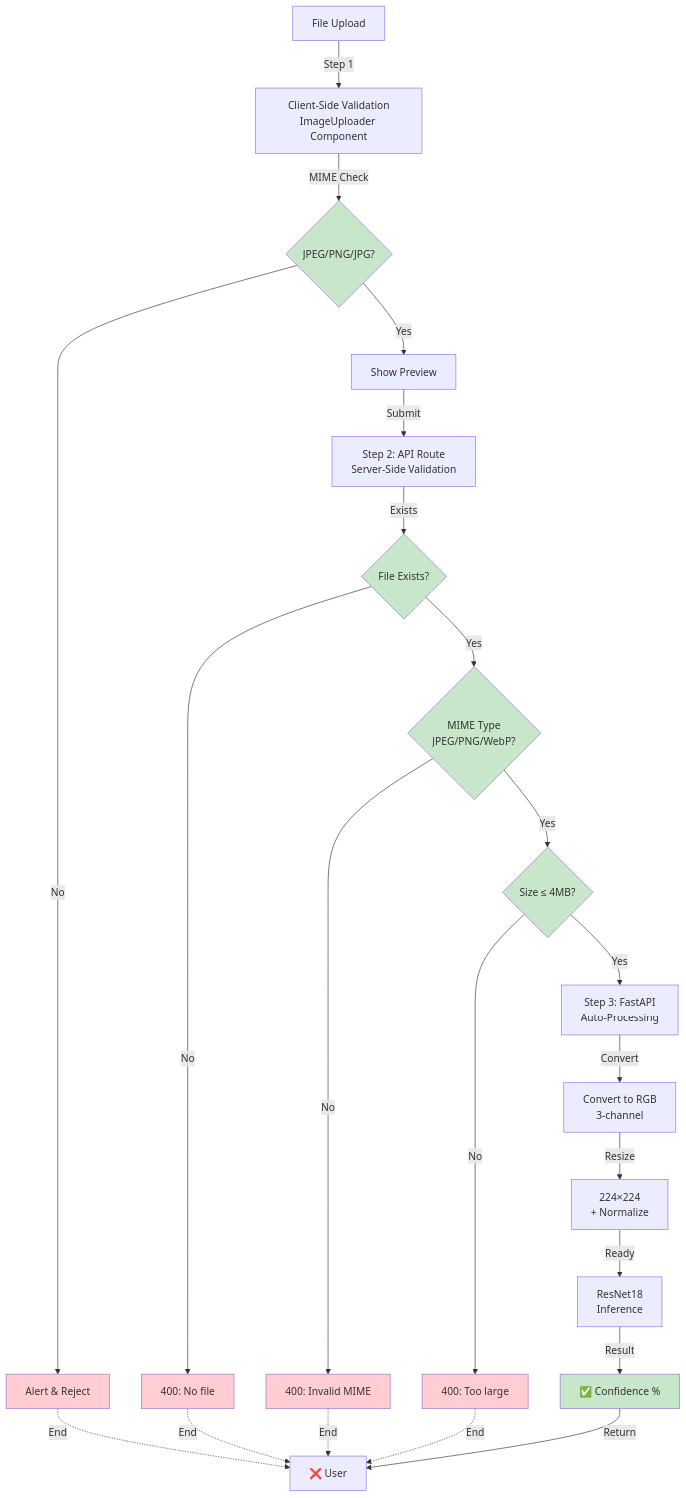
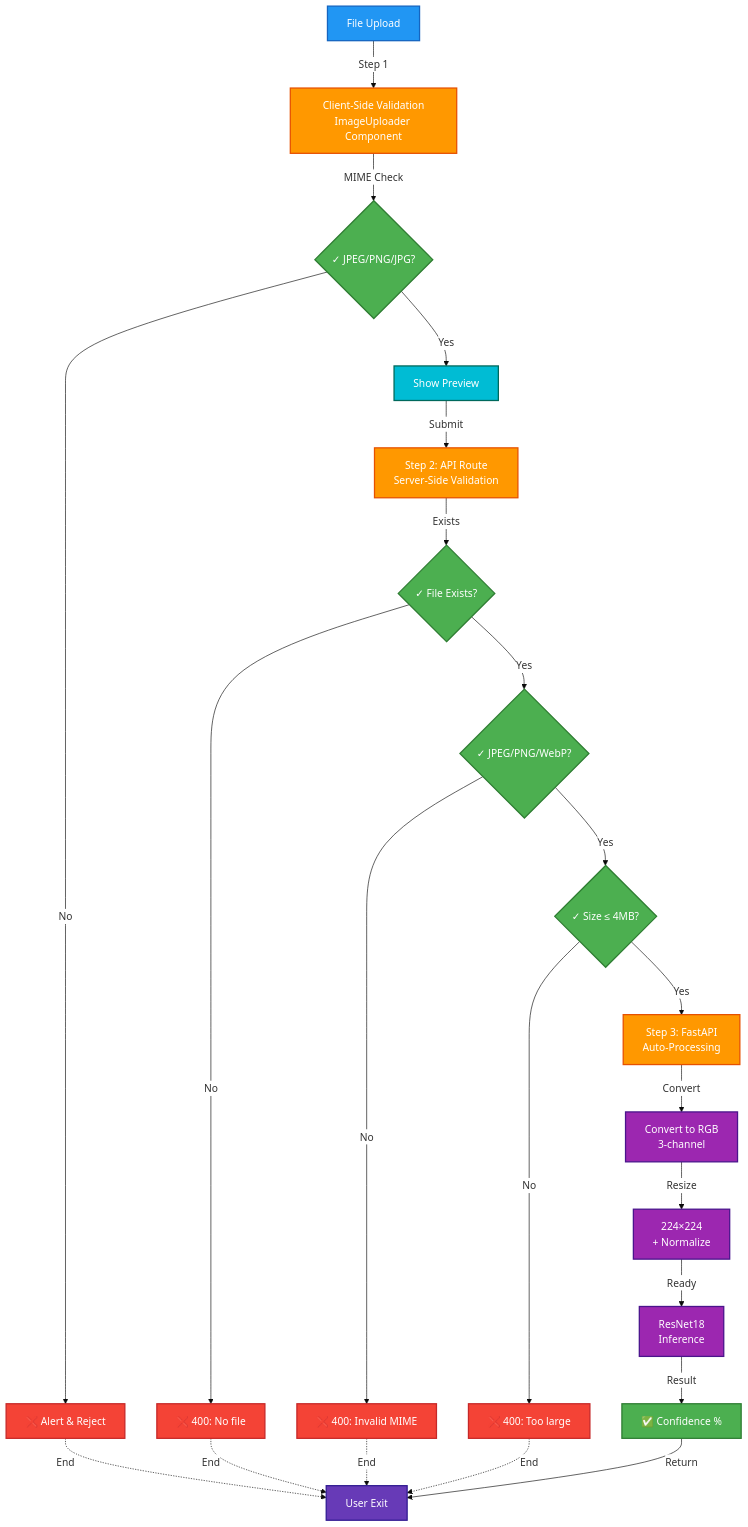
One commit to itssmdsh/MediScan changed the fifth of 9 diagrams in DOCUMENTATION.md. Above: the diagram before and after it, drawn with Mermaid. The commit also changed other lines of this file, not shown here.

````diff
--- a/DOCUMENTATION.md
+++ b/DOCUMENTATION.md
@@ -373,41 +373,50 @@
 ```mermaid
+%%{init: {'theme': 'base', 'themeVariables': { 'primaryColor': '#fff', 'primaryBorderColor': '#000'}}}%%
 graph TD
     Upload["File Upload"] -->|Step 1| LocalValidate["Client-Side Validation<br/>ImageUploader Component"]
-    LocalValidate -->|MIME Check| AllowedMIME1{"JPEG/PNG/JPG?"}
+    LocalValidate -->|MIME Check| AllowedMIME1{"✓ JPEG/PNG/JPG?"}
     AllowedMIME1 -->|Yes| Preview["Show Preview"]
-    AllowedMIME1 -->|No| Reject1["Alert & Reject"]
+    AllowedMIME1 -->|No| Reject1["❌ Alert & Reject"]
     
     Preview -->|Submit| Step2["Step 2: API Route<br/>Server-Side Validation"]
-    Reject1 -.->|End| User["❌ User"]
+    Reject1 -.->|End| User["User Exit"]
     
-    Step2 -->|Exists| FileCheck{"File Exists?"}
-    FileCheck -->|No| Reject2["400: No file"]
+    Step2 -->|Exists| FileCheck{"✓ File Exists?"}
+    FileCheck -->|No| Reject2["❌ 400: No file"]
     
-    FileCheck -->|Yes| MIMECheck{"MIME Type<br/>JPEG/PNG/WebP?"}
-    MIMECheck -->|No| Reject3["400: Invalid MIME"]
+    FileCheck -->|Yes| MIMECheck{"✓ JPEG/PNG/WebP?"}
+    MIMECheck -->|No| Reject3["❌ 400: Invalid MIME"]
     
-    MIMECheck -->|Yes| SizeCheck{"Size ≤ 4MB?"}
-    SizeCheck -->|No| Reject4["400: Too large"]
+    MIMECheck -->|Yes| SizeCheck{"✓ Size ≤ 4MB?"}
+    SizeCheck -->|No| Reject4["❌ 400: Too large"]
     
     SizeCheck -->|Yes| Step3["Step 3: FastAPI<br/>Auto-Processing"]
     Reject2 -.->|End| User
     Reject3 -.->|End| User
     Reject4 -.->|End| User
     
     Step3 -->|Convert| RGB["Convert to RGB<br/>3-channel"]
     RGB -->|Resize| Normalize["224×224<br/>+ Normalize"]
     Normalize -->|Ready| Model["ResNet18<br/>Inference"]
     Model -->|Result| Success["✅ Confidence %"]
     Success -->|Return| User
     
-    style AllowedMIME1 fill:#c8e6c9
-    style FileCheck fill:#c8e6c9
-    style MIMECheck fill:#c8e6c9
-    style SizeCheck fill:#c8e6c9
-    style Reject1 fill:#ffcdd2
-    style Reject2 fill:#ffcdd2
-    style Reject3 fill:#ffcdd2
-    style Reject4 fill:#ffcdd2
-    style Reject4 fill:#ffcdd2
-    style Success fill:#c8e6c9
+    style AllowedMIME1 fill:#4caf50,stroke:#2e7d32,stroke-width:2px,color:#fff
+    style FileCheck fill:#4caf50,stroke:#2e7d32,stroke-width:2px,color:#fff
+    style MIMECheck fill:#4caf50,stroke:#2e7d32,stroke-width:2px,color:#fff
+    style SizeCheck fill:#4caf50,stroke:#2e7d32,stroke-width:2px,color:#fff
+    style Reject1 fill:#f44336,stroke:#c62828,stroke-width:2px,color:#fff
+    style Reject2 fill:#f44336,stroke:#c62828,stroke-width:2px,color:#fff
+    style Reject3 fill:#f44336,stroke:#c62828,stroke-width:2px,color:#fff
+    style Reject4 fill:#f44336,stroke:#c62828,stroke-width:2px,color:#fff
+    style Success fill:#4caf50,stroke:#2e7d32,stroke-width:2px,color:#fff
+    style Upload fill:#2196f3,stroke:#1565c0,stroke-width:2px,color:#fff
+    style LocalValidate fill:#ff9800,stroke:#e65100,stroke-width:2px,color:#fff
+    style Step2 fill:#ff9800,stroke:#e65100,stroke-width:2px,color:#fff
+    style Step3 fill:#ff9800,stroke:#e65100,stroke-width:2px,color:#fff
+    style Preview fill:#00bcd4,stroke:#00695c,stroke-width:2px,color:#fff
+    style RGB fill:#9c27b0,stroke:#4a148c,stroke-width:2px,color:#fff
+    style Normalize fill:#9c27b0,stroke:#4a148c,stroke-width:2px,color:#fff
+    style Model fill:#9c27b0,stroke:#4a148c,stroke-width:2px,color:#fff
+    style User fill:#673ab7,stroke:#311b92,stroke-width:2px,color:#fff
 ```
````
